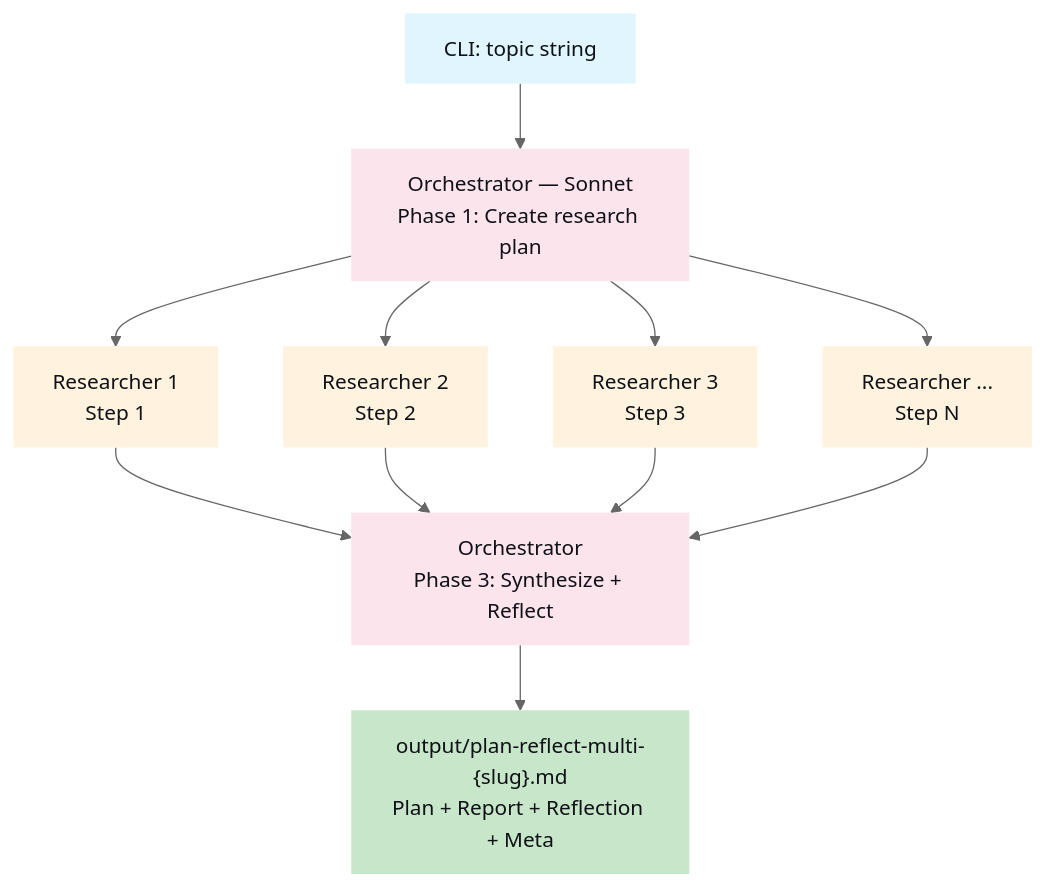
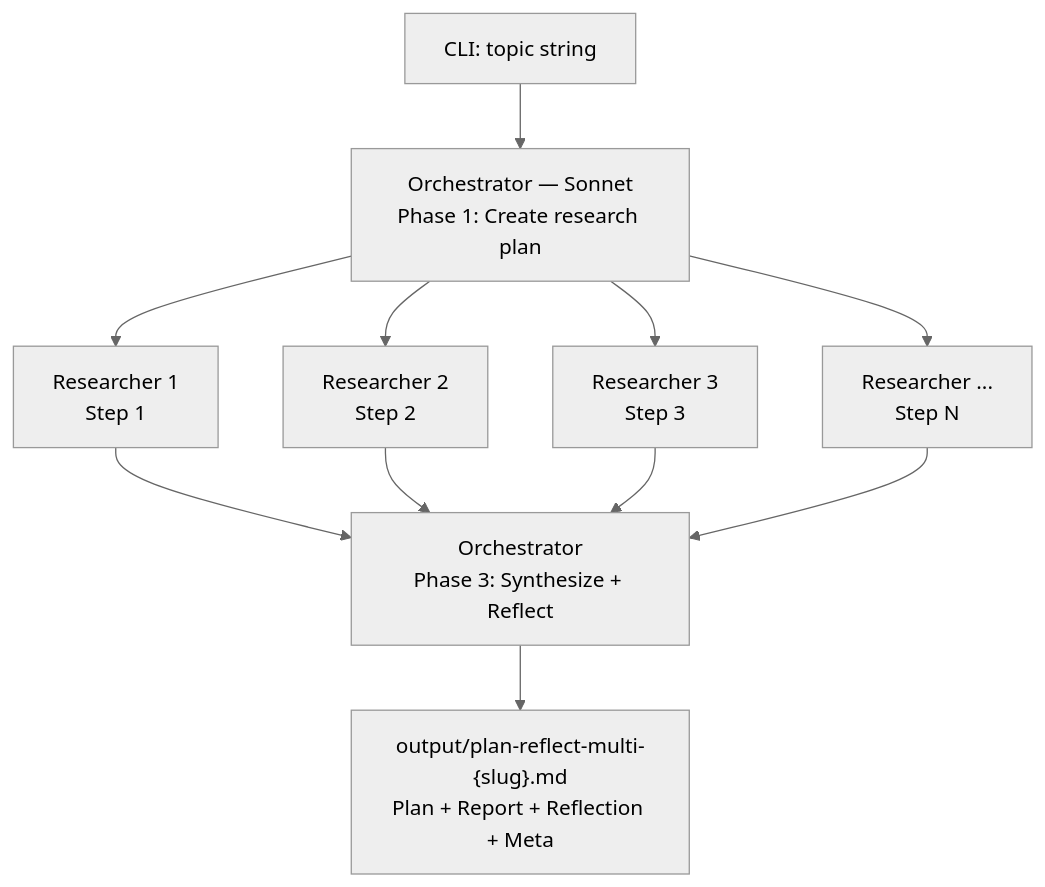
One commit to mj-deving/managed-agents-research changed the fifth of 5 diagrams in README.md. Above: the diagram before and after it, drawn with Mermaid (neutral theme). The commit also changed other lines of this file and 1 other file, not shown here.

Commit message:
docs: add MIT license, license badge, remove custom Mermaid colors (use GitHub defaults)

````diff
--- a/README.md
+++ b/README.md
@@ -426,22 +407,14 @@
 ```mermaid
 flowchart TD
     A["CLI: topic string"] --> B["Orchestrator — Sonnet\nPhase 1: Create research plan"]
     B --> C1["Researcher 1\nStep 1"]
     B --> C2["Researcher 2\nStep 2"]
     B --> C3["Researcher 3\nStep 3"]
     B --> C4["Researcher ...\nStep N"]
     C1 --> D["Orchestrator\nPhase 3: Synthesize + Reflect"]
     C2 --> D
     C3 --> D
     C4 --> D
     D --> E["output/plan-reflect-multi-{slug}.md\nPlan + Report + Reflection + Meta"]
 
-    style A fill:#e1f5fe,color:#0f1117,stroke:none
-    style B fill:#fce4ec,color:#0f1117,stroke:none
-    style C1 fill:#fff3e0,color:#0f1117,stroke:none
-    style C2 fill:#fff3e0,color:#0f1117,stroke:none
-    style C3 fill:#fff3e0,color:#0f1117,stroke:none
-    style C4 fill:#fff3e0,color:#0f1117,stroke:none
-    style D fill:#fce4ec,color:#0f1117,stroke:none
-    style E fill:#c8e6c9,color:#0f1117,stroke:none
 ```
````
